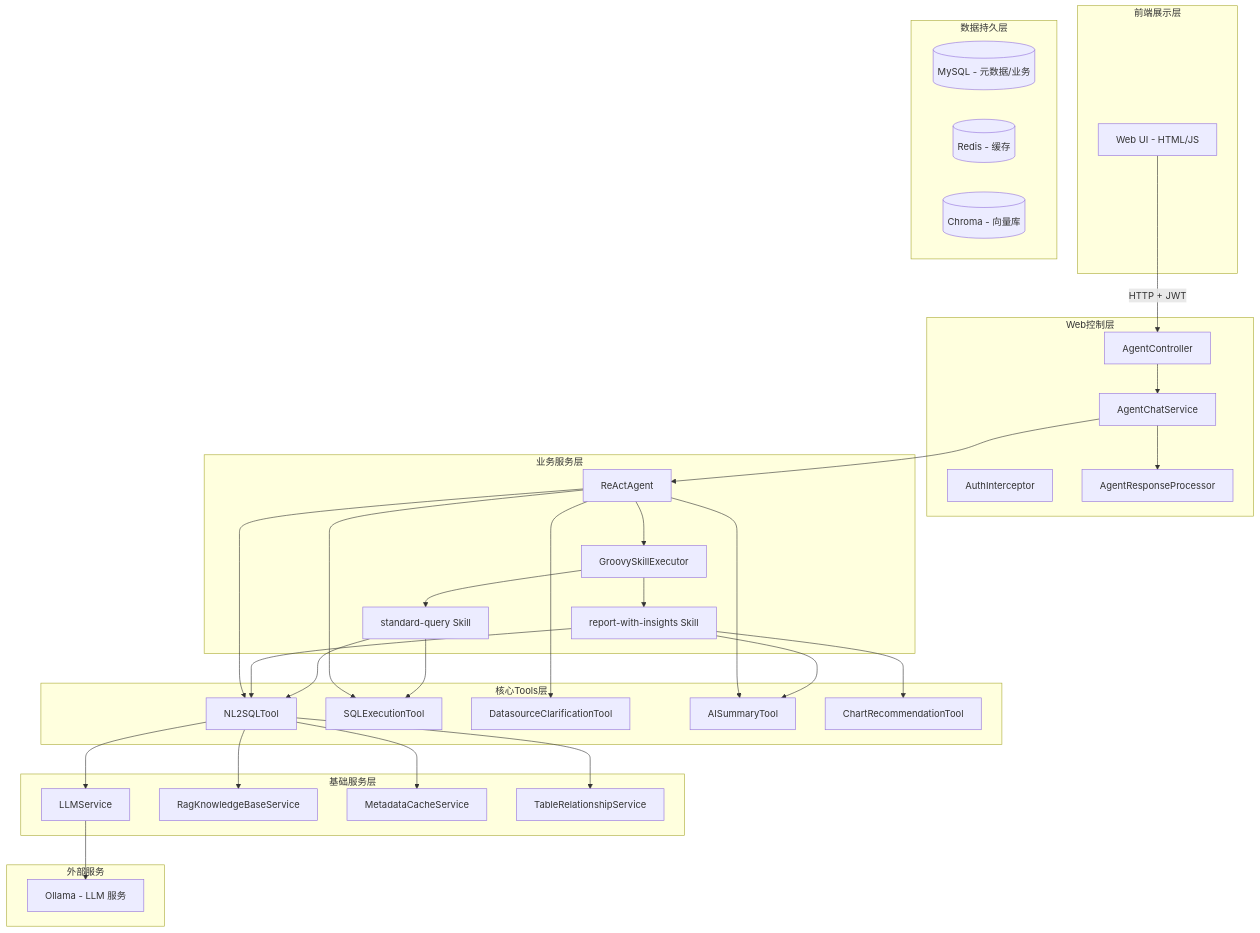
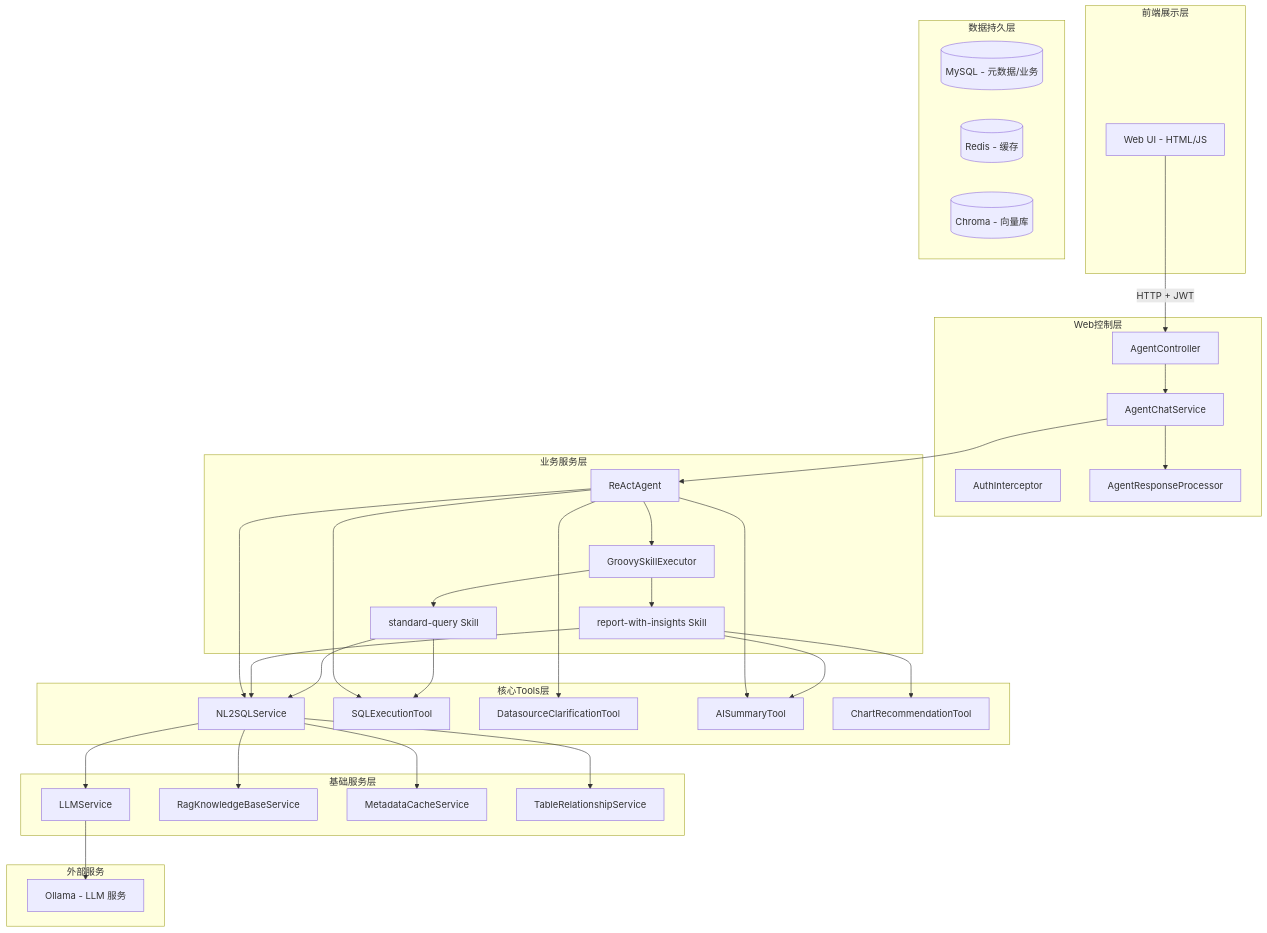
One commit to myskyfire/NL2Sql changed the diagram in SYSTEM_INTRODUCTION.md. Above: the diagram before and after it, drawn with Mermaid. The commit also changed other lines of this file and 56 other files, not shown here.

````diff
--- a/SYSTEM_INTRODUCTION.md
+++ b/SYSTEM_INTRODUCTION.md
@@ -29,67 +29,67 @@
 ```mermaid
 graph TB
     subgraph "前端展示层"
         Web[Web UI - HTML/JS]
     end
 
     subgraph "Web控制层"
         Controller[AgentController]
         Filter[AuthInterceptor]
         Service[AgentChatService]
         Processor[AgentResponseProcessor]
     end
 
     subgraph "业务服务层"
         Agent[ReActAgent]
         Executor[GroovySkillExecutor]
         Skill1[standard-query Skill]
         Skill2[report-with-insights Skill]
     end
 
     subgraph "核心Tools层"
-        NL2SQL[NL2SQLTool]
+        NL2SQL[NL2SQLService]
         SQLExec[SQLExecutionTool]
         DSClarify[DatasourceClarificationTool]
         AISummary[AISummaryTool]
         Chart[ChartRecommendationTool]
     end
 
     subgraph "基础服务层"
         LLM[LLMService]
         RAG[RagKnowledgeBaseService]
         Cache[MetadataCacheService]
         Relation[TableRelationshipService]
     end
 
     subgraph "数据持久层"
         MySQL[(MySQL - 元数据/业务)]
         Redis[(Redis - 缓存)]
         Chroma[(Chroma - 向量库)]
     end
 
     subgraph "外部服务"
         Ollama[Ollama - LLM 服务]
     end
 
     Web -->|HTTP + JWT| Controller
     Controller --> Service
     Service --> Processor
     Service --> Agent
     Agent --> Executor
     Executor --> Skill1
     Executor --> Skill2
     Skill1 --> NL2SQL
     Skill1 --> SQLExec
     Skill2 --> NL2SQL
     Skill2 --> AISummary
     Skill2 --> Chart
     Agent --> NL2SQL
     Agent --> SQLExec
     Agent --> DSClarify
     Agent --> AISummary
     NL2SQL --> LLM
     NL2SQL --> RAG
     NL2SQL --> Cache
     NL2SQL --> Relation
     LLM --> Ollama
 ```
````
